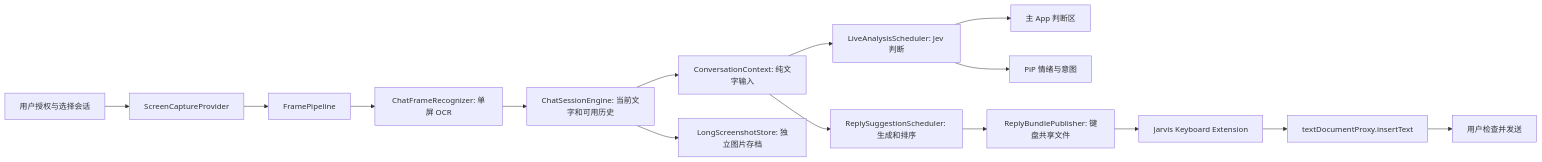
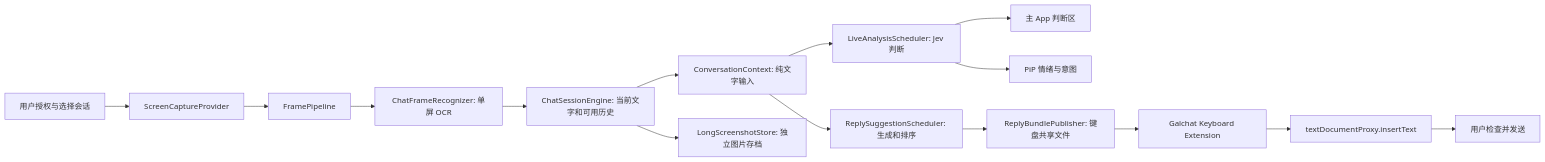
Before and after one commit to OrdoEden/Galchat: the diagram in docs/architecture/ios-business-architecture.md, drawn with Mermaid. The commit also changed other lines of this file and 19 other files, not shown here.

````diff
--- a/docs/architecture/ios-business-architecture.md
+++ b/docs/architecture/ios-business-architecture.md
@@ -54,17 +54,17 @@
 ```mermaid
 flowchart LR
     U[用户授权与选择会话] --> C[ScreenCaptureProvider]
     C --> F[FramePipeline]
     F --> O[ChatFrameRecognizer: 单屏 OCR]
     O --> A[ChatSessionEngine: 当前文字和可用历史]
     A --> S[ConversationContext: 纯文字输入]
     A --> L[LongScreenshotStore: 独立图片存档]
     S --> J[LiveAnalysisScheduler: Jev 判断]
     S --> R[ReplySuggestionScheduler: 生成和排序]
     J --> H[主 App 判断区]
     J --> I[PiP 情绪与意图]
     R --> K[ReplyBundlePublisher: 键盘共享文件]
-    K --> W[Jarvis Keyboard Extension]
+    K --> W[Galchat Keyboard Extension]
     W --> X[textDocumentProxy.insertText]
     X --> Y[用户检查并发送]
 ```
````
